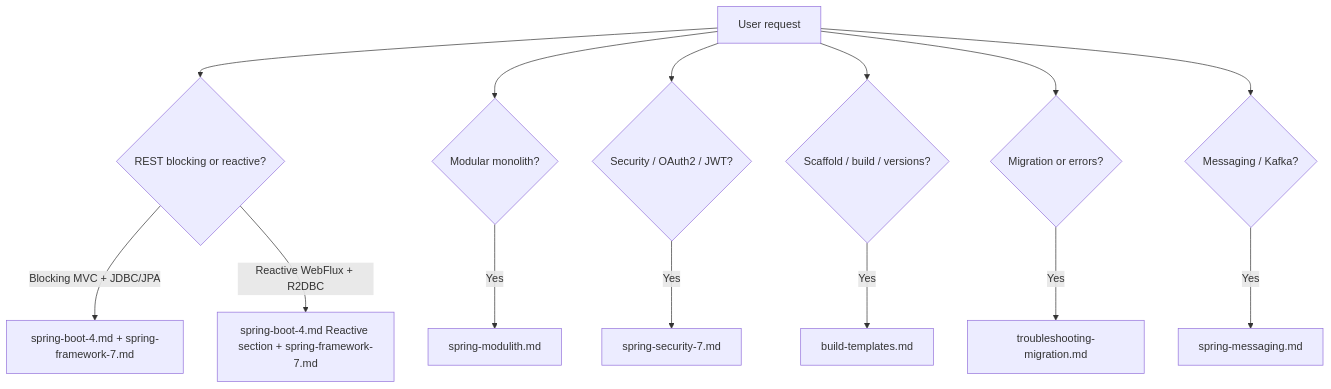
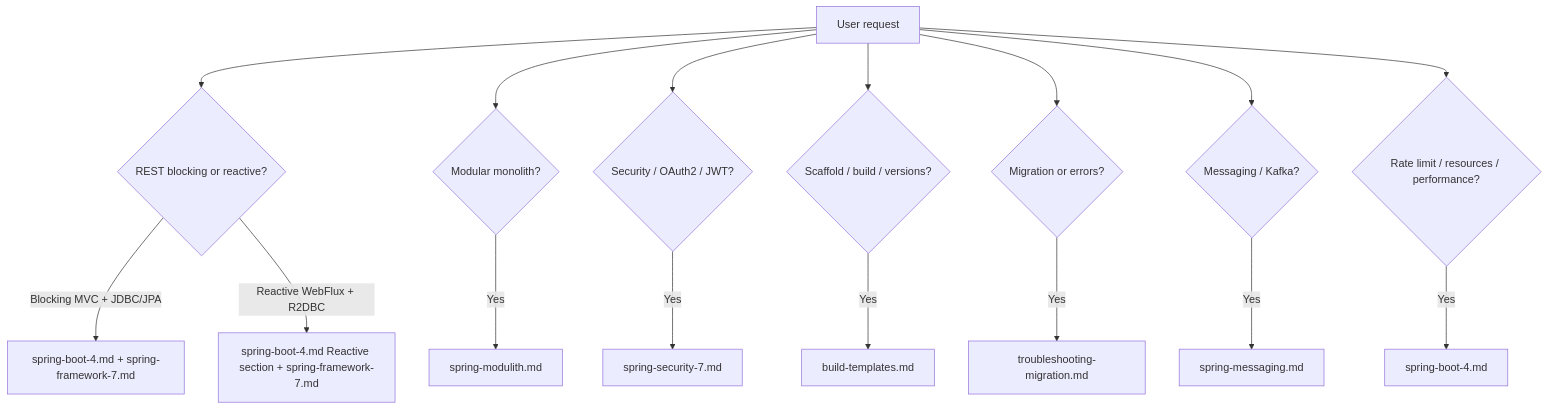
Before and after one commit to AyrtonAldayr/agent-skill-java-spring-framework: the diagram in skills/java-spring-framework/SKILL.md, drawn with Mermaid. The commit also changed other lines of this file and 5 other files, not shown here.

Commit message:
chore: release v1.3.0 — rate limiting, resources & performance in skill (spring-boot-4.md)

````diff
--- a/skills/java-spring-framework/SKILL.md
+++ b/skills/java-spring-framework/SKILL.md
@@ -30,16 +30,18 @@
 ```mermaid
 flowchart TD
     A[User request] --> B{REST blocking or reactive?}
     B -->|Blocking MVC + JDBC/JPA| C[spring-boot-4.md + spring-framework-7.md]
     B -->|Reactive WebFlux + R2DBC| D[spring-boot-4.md Reactive section + spring-framework-7.md]
     A --> E{Modular monolith?}
     E -->|Yes| F[spring-modulith.md]
     A --> G{Security / OAuth2 / JWT?}
     G -->|Yes| H[spring-security-7.md]
     A --> I{Scaffold / build / versions?}
     I -->|Yes| J[build-templates.md]
     A --> K{Migration or errors?}
     K -->|Yes| L[troubleshooting-migration.md]
     A --> M{Messaging / Kafka?}
     M -->|Yes| N[spring-messaging.md]
+    A --> O{Rate limit / resources / performance?}
+    O -->|Yes| P[spring-boot-4.md]
 ```
````
